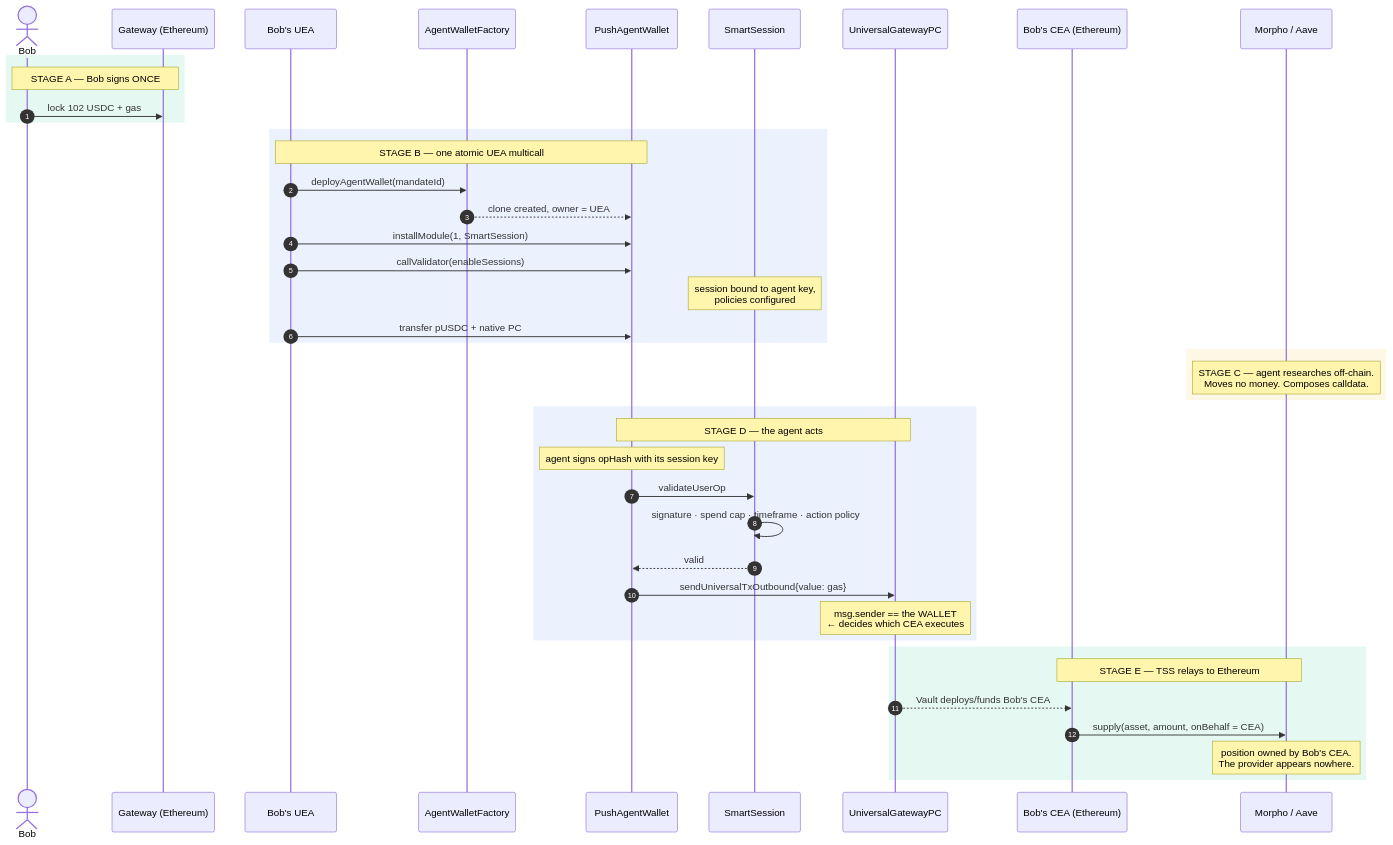
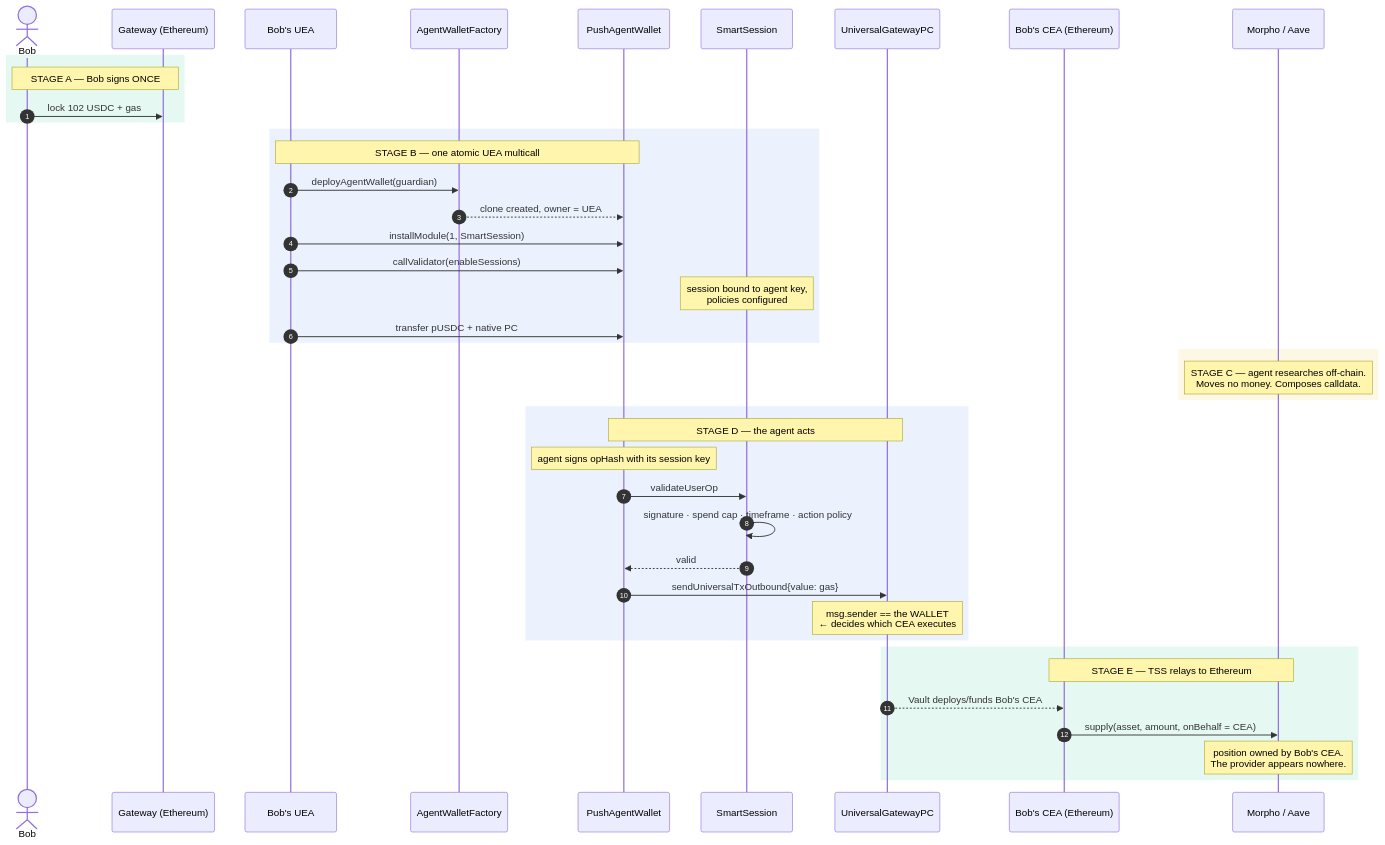
The fourth of 9 diagrams in docs/architecture.md (HusseinAdeiza/push-agentic-wallets), drawn with Mermaid before and after one commit. The commit also changed other lines of this file and 31 other files, not shown here.

First line of the commit message:
Implement architecture v2: one wallet per user

````diff
--- a/docs/architecture.md
+++ b/docs/architecture.md
@@ -201,49 +242,49 @@
 ```mermaid
 sequenceDiagram
     autonumber
     actor Bob
     participant GW as Gateway (Ethereum)
     participant UEA as Bob's UEA
     participant F as AgentWalletFactory
     participant W as PushAgentWallet
     participant SS as SmartSession
     participant UGPC as UniversalGatewayPC
     participant CEA as Bob's CEA (Ethereum)
     participant M as Morpho / Aave
 
     rect rgba(16,185,129,0.10)
     Note over Bob,GW: STAGE A — Bob signs ONCE
     Bob->>GW: lock 102 USDC + gas
     end
 
     rect rgba(59,130,246,0.10)
     Note over UEA,W: STAGE B — one atomic UEA multicall
-    UEA->>F: deployAgentWallet(mandateId)
+    UEA->>F: deployAgentWallet(guardian)
     F-->>W: clone created, owner = UEA
     UEA->>W: installModule(1, SmartSession)
     UEA->>W: callValidator(enableSessions)
     Note over SS: session bound to agent key,<br/>policies configured
     UEA->>W: transfer pUSDC + native PC
     end
 
     rect rgba(234,179,8,0.10)
     Note over M: STAGE C — agent researches off-chain.<br/>Moves no money. Composes calldata.
     end
 
     rect rgba(59,130,246,0.10)
     Note over W,UGPC: STAGE D — the agent acts
     Note over W: agent signs opHash with its session key
     W->>SS: validateUserOp
     SS->>SS: signature · spend cap · timeframe · action policy
     SS-->>W: valid
     W->>UGPC: sendUniversalTxOutbound{value: gas}
     Note over UGPC: msg.sender == the WALLET<br/>← decides which CEA executes
     end
 
     rect rgba(16,185,129,0.10)
     Note over CEA,M: STAGE E — TSS relays to Ethereum
     UGPC-->>CEA: Vault deploys/funds Bob's CEA
     CEA->>M: supply(asset, amount, onBehalf = CEA)
     Note over M: position owned by Bob's CEA.<br/>The provider appears nowhere.
     end
 ```
````
